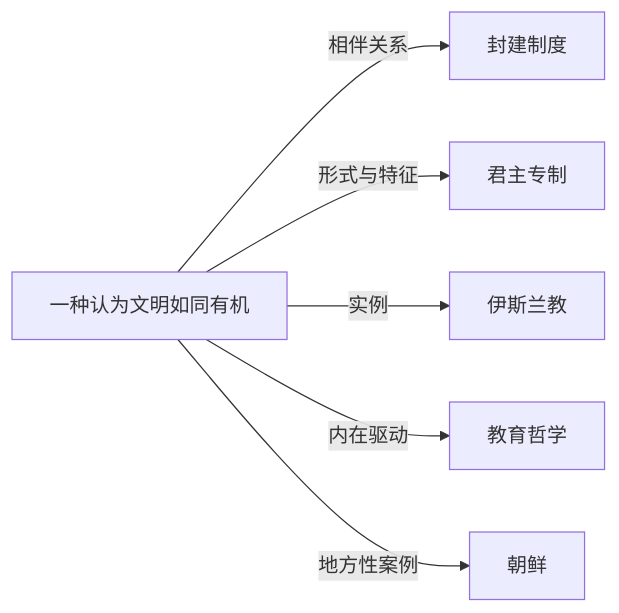
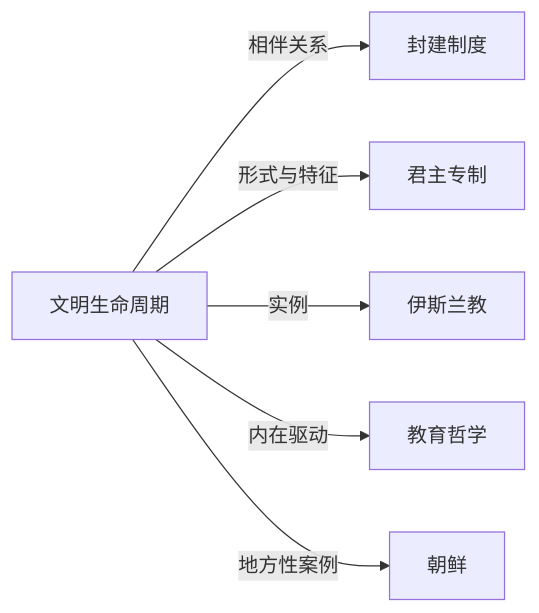
Before and after one commit to KIMMCHOW/MyKnowledge: the diagram in Knowledge/Concepts/哲学/文明生命周期.md, drawn with Mermaid. The commit also changed 96 other files, not shown here.

Commit message:
fix: 修复概念页关系图节点并补齐缺失关联

````diff
--- a/Knowledge/Concepts/哲学/文明生命周期.md
+++ b/Knowledge/Concepts/哲学/文明生命周期.md
@@ -44,8 +44,8 @@
 ```mermaid
 graph LR
-    一种认为文明如同有机 -->|相伴关系| 封建制度
-    一种认为文明如同有机 -->|形式与特征| 君主专制
-    一种认为文明如同有机 -->|实例| 伊斯兰教
-    一种认为文明如同有机 -->|内在驱动| 教育哲学
-    一种认为文明如同有机 -->|地方性案例| 朝鲜
+文明生命周期 -->|相伴关系| 封建制度
+文明生命周期 -->|形式与特征| 君主专制
+文明生命周期 -->|实例| 伊斯兰教
+文明生命周期 -->|内在驱动| 教育哲学
+文明生命周期 -->|地方性案例| 朝鲜
 ```
````
